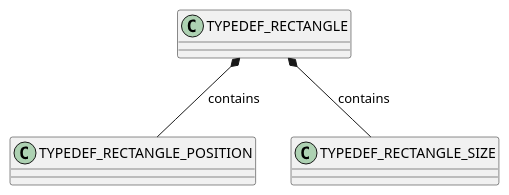
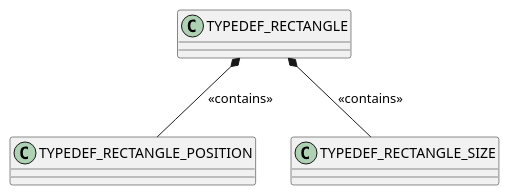
Before and after one commit to fischerjooo/c2puml: the first of 2 diagrams in docs/puml_template.md, drawn with PlantUML. The commit also changed other lines of this file and 16 other files, not shown here.

Commit message:
Update PlantUML composition relationships to use <<contains>> notation

````diff
--- a/docs/puml_template.md
+++ b/docs/puml_template.md
@@ -71,5 +71,5 @@
 ```plantuml
 ' Anonymous structure relationships (composition)
-TYPEDEF_RECTANGLE *-- TYPEDEF_RECTANGLE_POSITION : contains
-TYPEDEF_RECTANGLE *-- TYPEDEF_RECTANGLE_SIZE : contains
+TYPEDEF_RECTANGLE *-- TYPEDEF_RECTANGLE_POSITION : <<contains>>
+TYPEDEF_RECTANGLE *-- TYPEDEF_RECTANGLE_SIZE : <<contains>>
 ```
````
